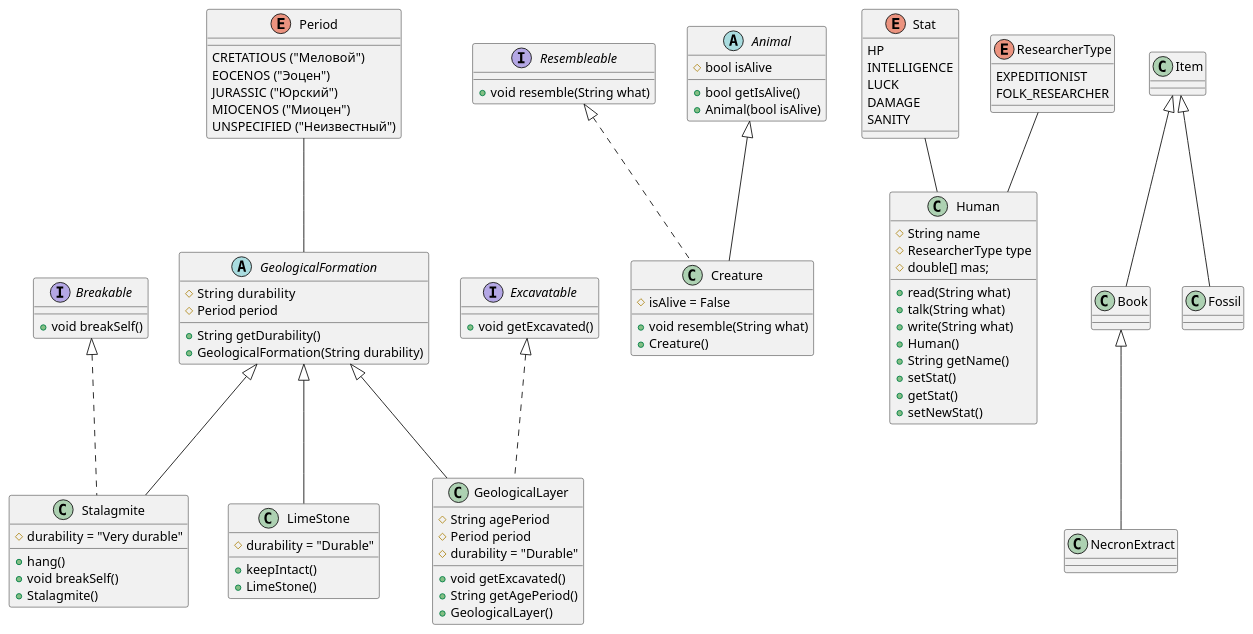
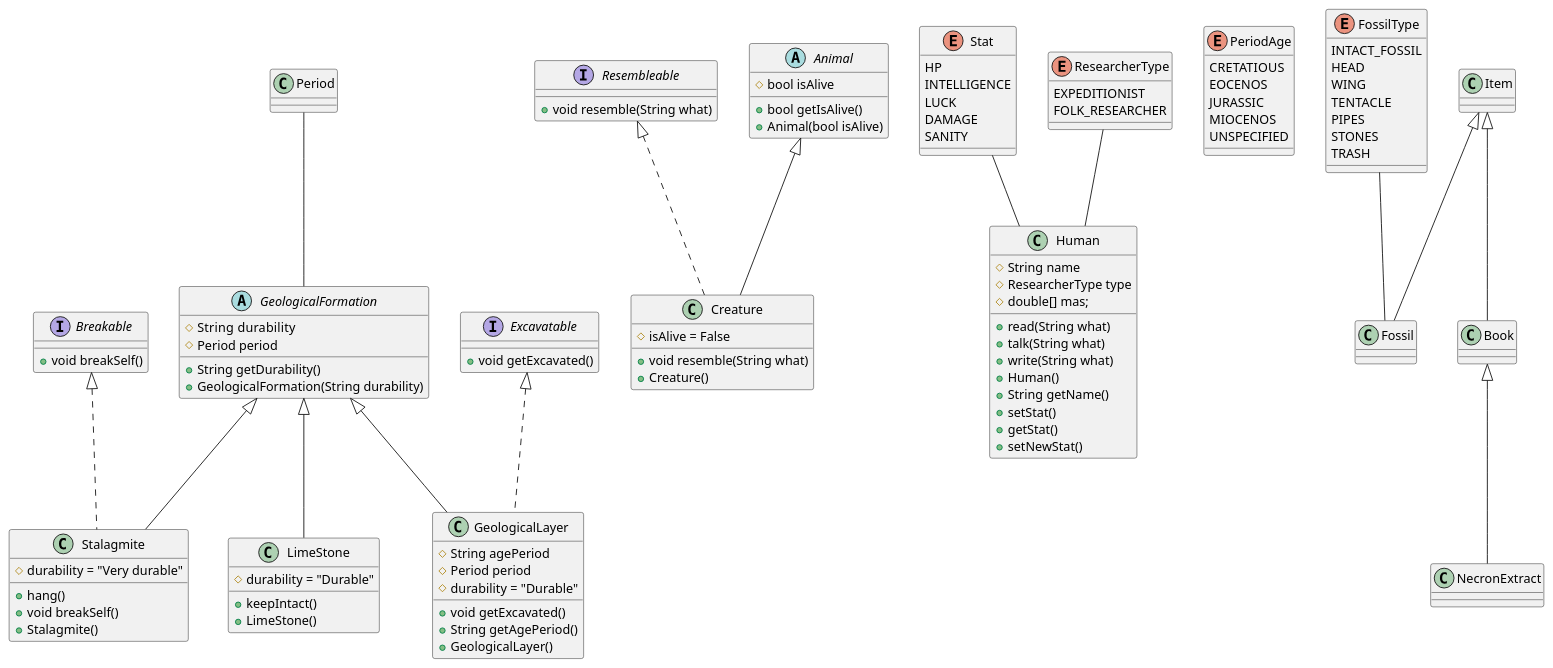
Before and after one commit to shib-a/Lab_8: the diagram in src/main/java/org/example/diagram.puml, drawn with PlantUML. The commit also changed 4 other files, not shown here.

```diff
--- a/src/main/java/org/example/diagram.puml
+++ b/src/main/java/org/example/diagram.puml
@@ -1,94 +1,104 @@
 @startuml
 
 interface Breakable{
     + void breakSelf()
 }
 interface Resembleable{
     + void resemble(String what)
 }
 interface Excavatable{
     + void getExcavated()
 }
 
 Stat -- Human
 ResearcherType -- Human
 class Human{
      # String name
      # ResearcherType type
      # double[] mas;
      + read(String what)
      + talk(String what)
      + write(String what)
      + Human()
      + String getName()
      + setStat()
      + getStat()
      + setNewStat()
 
 }
 
 Period -- GeologicalFormation
 abstract class GeologicalFormation{
     # String  durability
     # Period period
     + String getDurability()
     + GeologicalFormation(String durability)
 }
 abstract class Animal{
     # bool isAlive
     + bool getIsAlive()
     + Animal(bool isAlive)
 }
 
 enum Stat{
     HP
     INTELLIGENCE
     LUCK
     DAMAGE
     SANITY
 }
-enum Period{
-    CRETATIOUS ("Меловой")
-    EOCENOS ("Эоцен")
-    JURASSIC ("Юрский")
-    MIOCENOS ("Миоцен")
-    UNSPECIFIED ("Неизвестный")
+enum PeriodAge{
+    CRETATIOUS
+    EOCENOS
+    JURASSIC
+    MIOCENOS
+    UNSPECIFIED
 }
+enum FossilType{
+    INTACT_FOSSIL
+    HEAD
+    WING
+    TENTACLE
+    PIPES
+    STONES
+    TRASH
+}
+FossilType--Fossil
 enum ResearcherType{
     EXPEDITIONIST
     FOLK_RESEARCHER
 }
 
 class Item{
 }
 class Book extends Item{
 }
 class NecronExtract extends Book{
 }
 class Fossil extends Item{
 }
 class Creature extends Animal implements Resembleable{
     # isAlive = False
     + void resemble(String what)
     + Creature()
 }
 class GeologicalLayer extends GeologicalFormation implements Excavatable{
     # String agePeriod
     # Period period
     #durability = "Durable"
     + void getExcavated()
     + String getAgePeriod()
     + GeologicalLayer()
 }
 class Stalagmite extends GeologicalFormation implements Breakable{
     # durability = "Very durable"
     + hang()
     + void breakSelf()
     + Stalagmite()
 }
 class LimeStone extends GeologicalFormation{
     # durability = "Durable"
     + keepIntact()
     + LimeStone()
 }
 @enduml
```
